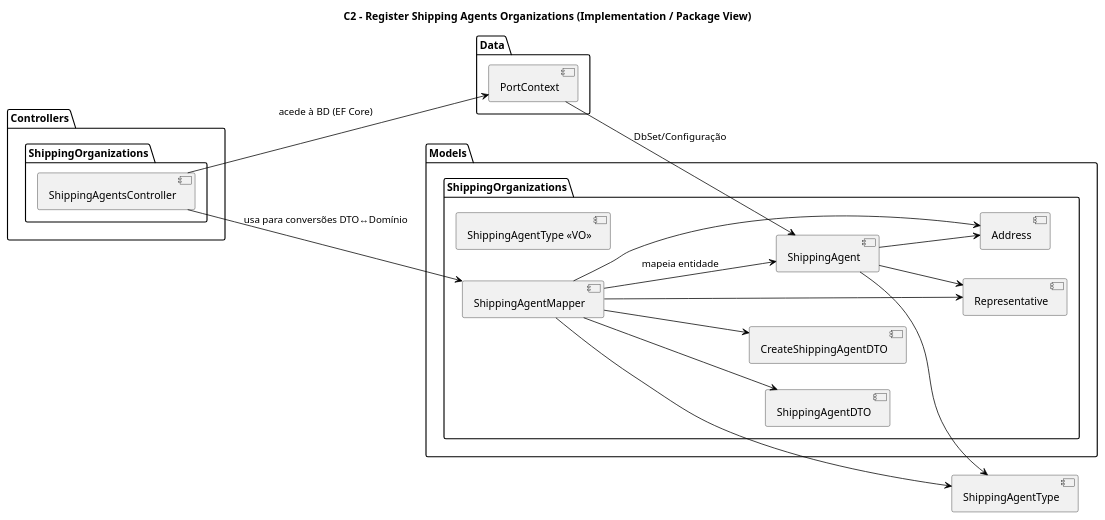
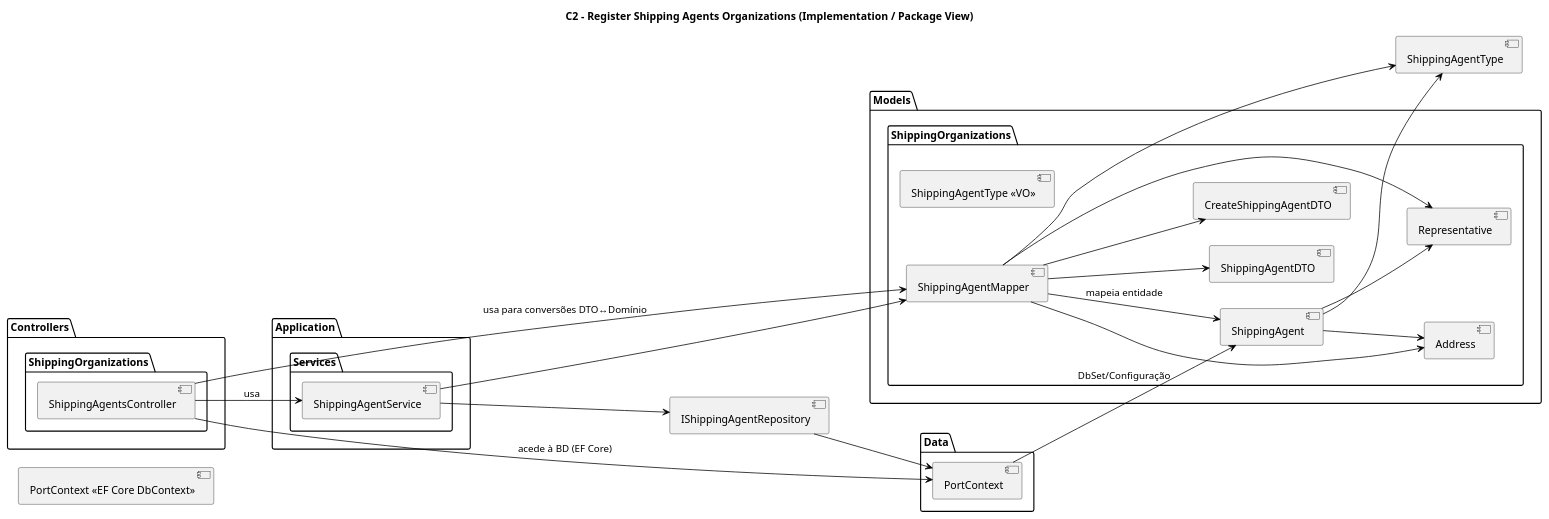
The diagram in Docs/Sprint A/US 2.2.5/Modelo c4/C2_impl.puml (Departamento-de-Engenharia-Informatica/LEI-SEM5-PI-2025-26-3DM-03), drawn with PlantUML before and after one commit. The commit also changed 16 other files, not shown here.

```diff
--- a/Docs/Sprint A/US 2.2.5/Modelo c4/C2_impl.puml
+++ b/Docs/Sprint A/US 2.2.5/Modelo c4/C2_impl.puml
@@ -1,67 +1,78 @@
 @startuml C2_Register_ShippingAgents_Implementation_View
 title C2 – Register Shipping Agents Organizations (Implementation / Package View)
 left to right direction
 hide empty members
 
 skinparam package {
   BackgroundColor White
   BorderColor Black
   FontColor Black
   FontStyle bold
 }
 skinparam arrow {
   Color Black
 }
 
 ' ======================
 ' Pacotes (lado a lado)
 ' ======================
 
 together {
   package "Controllers" as P_Controllers {
     package "ShippingOrganizations" as P_Controllers_Shipping {
       [ShippingAgentsController]
     }
   }
 }
 
 together {
   package "Models" as P_Models {
     package "ShippingOrganizations" as P_Models_Shipping {
       [ShippingAgent]
       [Representative]
       [Address]
       [ShippingAgentType <<VO>>]
       [ShippingAgentDTO]
       [CreateShippingAgentDTO]
       [ShippingAgentMapper]
     }
   }
 }
 
 together {
   package "Data" as P_Data {
     [PortContext]
   }
 }
 
+package "Application" as P_App {
+    package "Services" as P_App_Services {
+        [ShippingAgentService]
+    }
+}
 ' ======================
 ' Dependências
 ' ======================
+[PortContext <<EF Core DbContext>>]
 
 [ShippingAgentsController] --> [ShippingAgentMapper] : usa para conversões DTO↔Domínio
 [ShippingAgentsController] --> [PortContext] : acede à BD (EF Core)
 
 [ShippingAgentMapper] --> [ShippingAgent] : mapeia entidade
 [ShippingAgentMapper] --> [Representative]
 [ShippingAgentMapper] --> [Address]
 [ShippingAgentMapper] --> [ShippingAgentType]
 [ShippingAgentMapper] --> [ShippingAgentDTO]
 [ShippingAgentMapper] --> [CreateShippingAgentDTO]
 
 [PortContext] --> [ShippingAgent] : DbSet/Configuração
 [ShippingAgent] --> [Address]
 [ShippingAgent] --> [Representative]
 [ShippingAgent] --> [ShippingAgentType]
 
+[ShippingAgentsController] --> [ShippingAgentService] : usa
+[ShippingAgentService] --> [ShippingAgentMapper]
+[ShippingAgentService] --> [IShippingAgentRepository]
+[IShippingAgentRepository] --> [PortContext]
+
 @enduml
```
